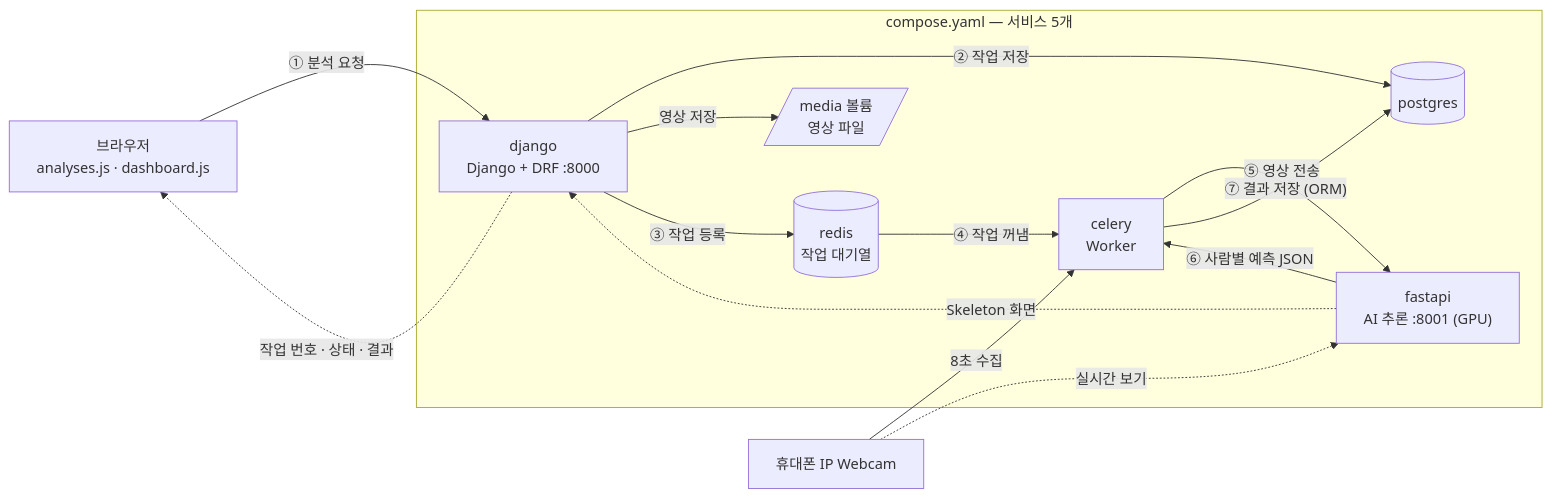
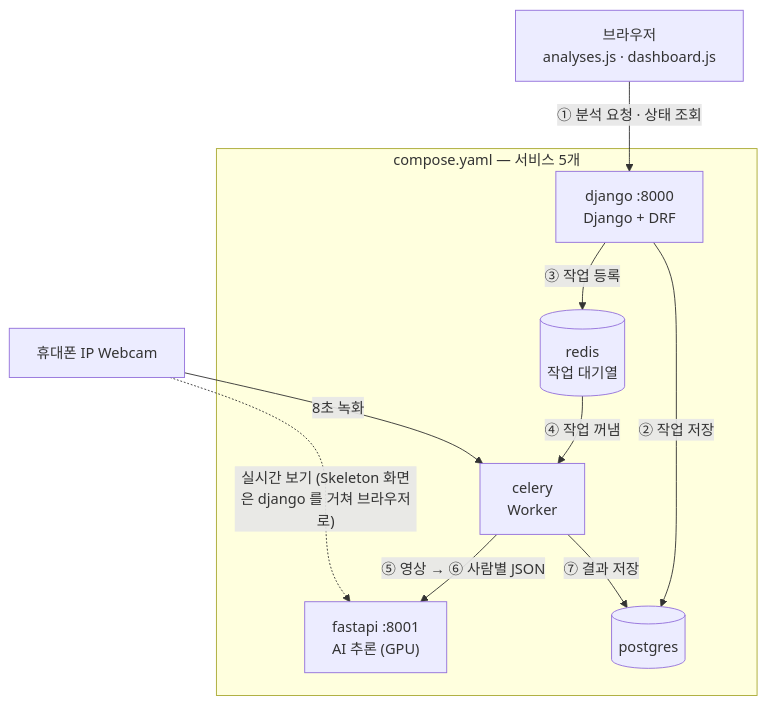
Before and after one commit to wlgptjd333/store-anomaly-service: the second of 5 diagrams in README.md, drawn with Mermaid. The commit also changed other lines of this file, not shown here.

Commit message:
README 아키텍처 그림: 화살표 줄여 세로로

````diff
--- a/README.md
+++ b/README.md
@@ -82,25 +82,20 @@
 ```mermaid
-flowchart LR
+flowchart TB
     B["브라우저<br/>analyses.js · dashboard.js"]
     CAM["휴대폰 IP Webcam"]
     subgraph compose["compose.yaml — 서비스 5개"]
-        D["django<br/>Django + DRF :8000"]
+        D["django :8000<br/>Django + DRF"]
         R[("redis<br/>작업 대기열")]
         C["celery<br/>Worker"]
-        F["fastapi<br/>AI 추론 :8001 (GPU)"]
+        F["fastapi :8001<br/>AI 추론 (GPU)"]
         P[("postgres")]
-        M[/"media 볼륨<br/>영상 파일"/]
     end
-    B -- "① 분석 요청" --> D
+    B -- "① 분석 요청 · 상태 조회" --> D
     D -- "② 작업 저장" --> P
-    D -- "영상 저장" --> M
     D -- "③ 작업 등록" --> R
-    D -. "작업 번호 · 상태 · 결과" .-> B
     R -- "④ 작업 꺼냄" --> C
-    CAM -- "8초 수집" --> C
-    C -- "⑤ 영상 전송" --> F
-    F -- "⑥ 사람별 예측 JSON" --> C
-    C -- "⑦ 결과 저장 (ORM)" --> P
-    CAM -. "실시간 보기" .-> F
-    F -. "Skeleton 화면" .-> D
+    CAM -- "8초 녹화" --> C
+    C -- "⑤ 영상 → ⑥ 사람별 JSON" --> F
+    C -- "⑦ 결과 저장" --> P
+    CAM -. "실시간 보기 (Skeleton 화면은 django 를 거쳐 브라우저로)" .-> F
 ```
````
